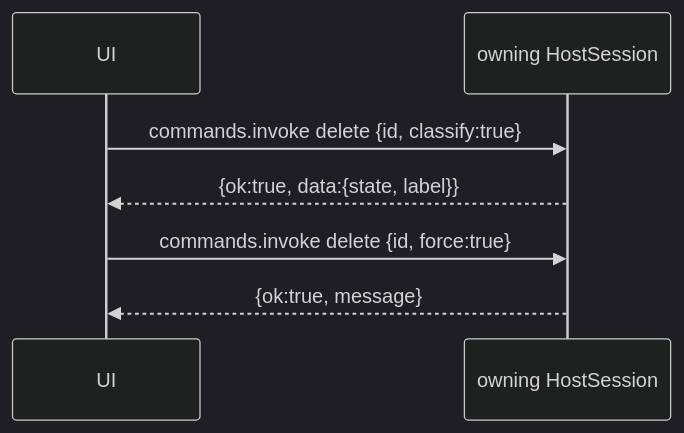
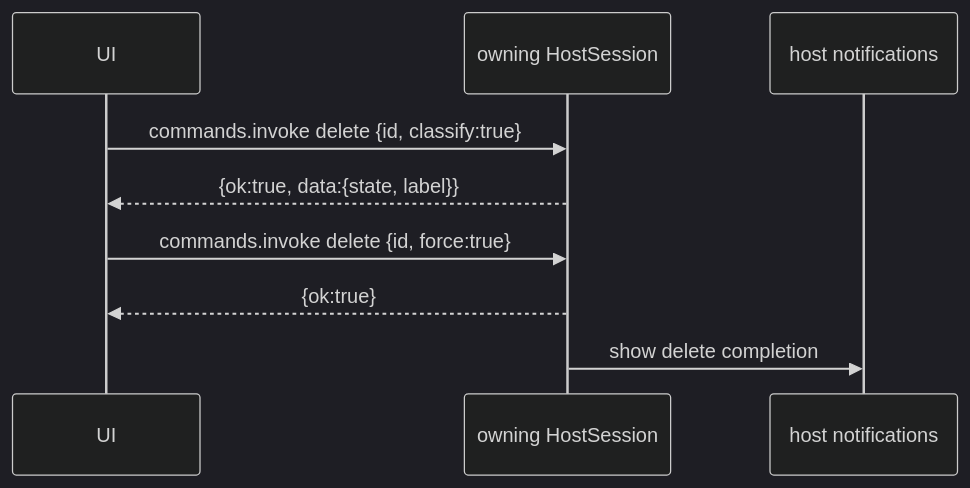
One commit to Kapps/weavie changed the diagram in docs/specs/command-responses.md. Above: the diagram before and after it, drawn with Mermaid (dark theme). The commit also changed other lines of this file and 8 other files, not shown here.

````diff
--- a/docs/specs/command-responses.md
+++ b/docs/specs/command-responses.md
@@ -69,9 +74,11 @@
 ```mermaid
 sequenceDiagram
     participant UI
     participant H as owning HostSession
+    participant N as host notifications
     UI->>H: commands.invoke delete {id, classify:true}
     H-->>UI: {ok:true, data:{state, label}}
     UI->>H: commands.invoke delete {id, force:true}
-    H-->>UI: {ok:true, message}
+    H-->>UI: {ok:true}
+    H->>N: show delete completion
 ```
````
